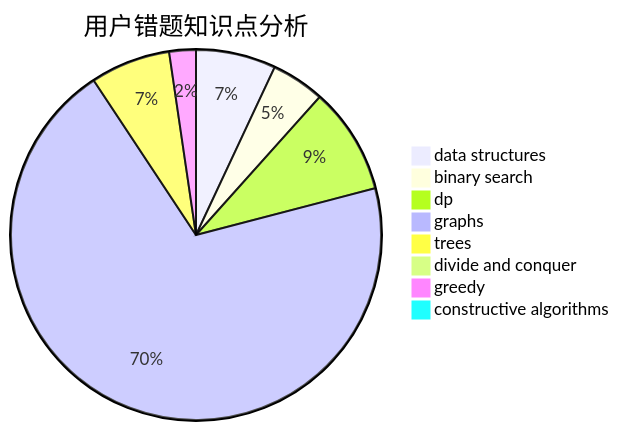
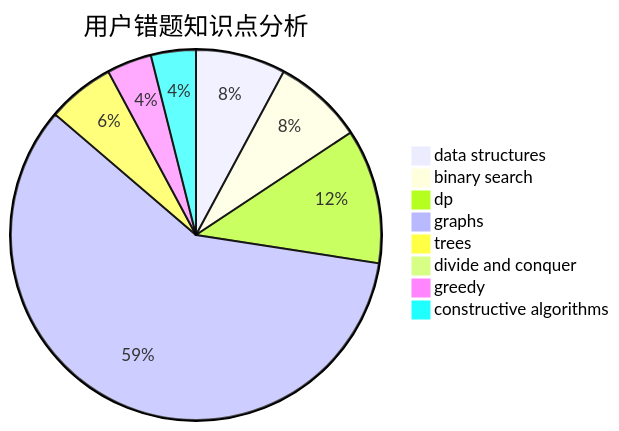
The third of 3 diagrams in docs/user/u1575.md (sherpahu/cfrs.github.io), drawn with Mermaid before and after one commit. The commit also changed other lines of this file and 2770 other files, not shown here.

````diff
--- a/docs/user/u1575.md
+++ b/docs/user/u1575.md
@@ -36,11 +36,11 @@
 ```mermaid
 pie title 用户错题知识点分析
-    "data structures" :  3
-    "binary search" :  2
-    "dp" :  4
+    "data structures" :  4
+    "binary search" :  4
+    "dp" :  6
     "graphs" :  30
     "trees" :  3
     "divide and conquer" :  0
-    "greedy" :  1
-    "constructive algorithms" :  0
+    "greedy" :  2
+    "constructive algorithms" :  2
 ```
````
